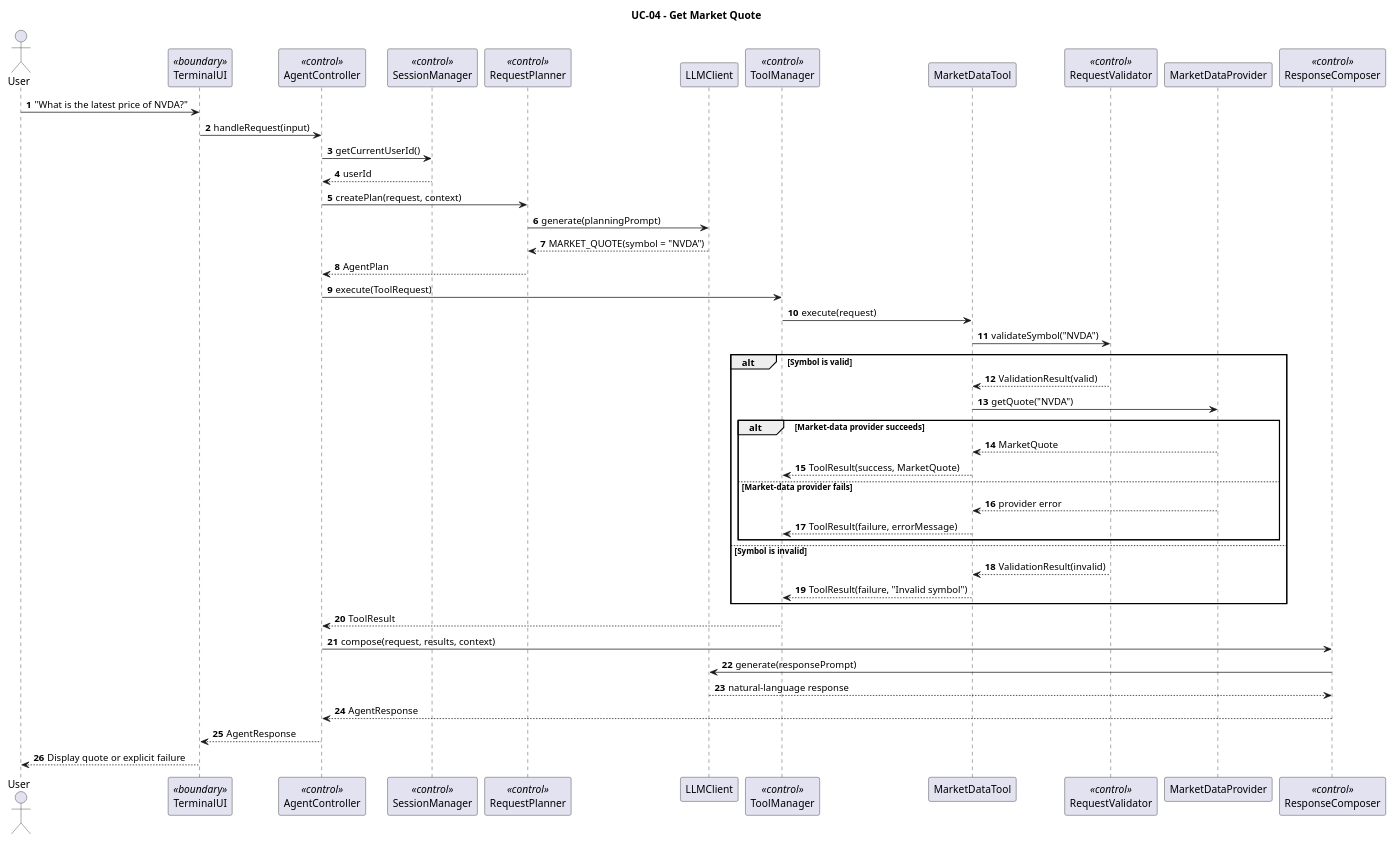
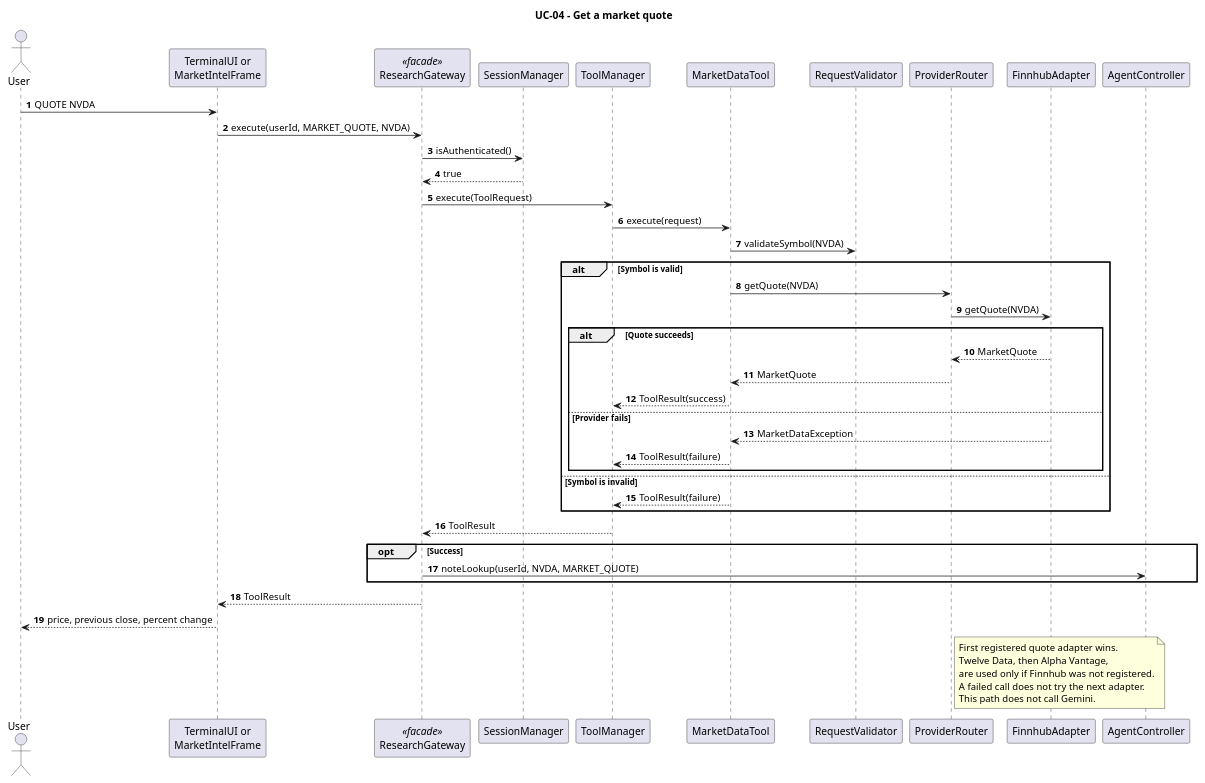
Before and after one commit to xAssasinSoulx/market-intelligence-agent: the diagram in docs/uml/sequence-market-quote.puml, drawn with PlantUML. The commit also changed 27 other files, not shown here.

First line of the commit message:
docs: record the Stage 2 implementation in the report and diagrams

```diff
--- a/docs/uml/sequence-market-quote.puml
+++ b/docs/uml/sequence-market-quote.puml
@@ -1,75 +1,54 @@
 @startuml
-title UC-04 - Get Market Quote
+title UC-04 - Get a market quote
 
 autonumber
 
 actor User
+participant "TerminalUI or\nMarketIntelFrame" as UI
+participant ResearchGateway <<facade>>
+participant SessionManager
+participant ToolManager
+participant MarketDataTool
+participant RequestValidator
+participant ProviderRouter
+participant FinnhubAdapter
 
-participant TerminalUI <<boundary>>
-participant AgentController <<control>>
-participant SessionManager <<control>>
-participant RequestPlanner <<control>>
-participant LLMClient
-participant ToolManager <<control>>
-participant MarketDataTool
-participant RequestValidator <<control>>
-participant MarketDataProvider
-participant ResponseComposer <<control>>
-
-User -> TerminalUI : "What is the latest price of NVDA?"
-
-TerminalUI -> AgentController : handleRequest(input)
-
-AgentController -> SessionManager : getCurrentUserId()
-SessionManager --> AgentController : userId
-
-AgentController -> RequestPlanner : createPlan(request, context)
-
-RequestPlanner -> LLMClient : generate(planningPrompt)
-LLMClient --> RequestPlanner : MARKET_QUOTE(symbol = "NVDA")
-
-RequestPlanner --> AgentController : AgentPlan
-
-AgentController -> ToolManager : execute(ToolRequest)
+User -> UI : QUOTE NVDA
+UI -> ResearchGateway : execute(userId, MARKET_QUOTE, NVDA)
+ResearchGateway -> SessionManager : isAuthenticated()
+SessionManager --> ResearchGateway : true
+ResearchGateway -> ToolManager : execute(ToolRequest)
 ToolManager -> MarketDataTool : execute(request)
-
-MarketDataTool -> RequestValidator : validateSymbol("NVDA")
+MarketDataTool -> RequestValidator : validateSymbol(NVDA)
 
 alt Symbol is valid
-
-    RequestValidator --> MarketDataTool : ValidationResult(valid)
-
-    MarketDataTool -> MarketDataProvider : getQuote("NVDA")
-
-    alt Market-data provider succeeds
-
-        MarketDataProvider --> MarketDataTool : MarketQuote
-        MarketDataTool --> ToolManager : ToolResult(success, MarketQuote)
-
-    else Market-data provider fails
-
-        MarketDataProvider --> MarketDataTool : provider error
-        MarketDataTool --> ToolManager : ToolResult(failure, errorMessage)
-
+    MarketDataTool -> ProviderRouter : getQuote(NVDA)
+    ProviderRouter -> FinnhubAdapter : getQuote(NVDA)
+    alt Quote succeeds
+        FinnhubAdapter --> ProviderRouter : MarketQuote
+        ProviderRouter --> MarketDataTool : MarketQuote
+        MarketDataTool --> ToolManager : ToolResult(success)
+    else Provider fails
+        FinnhubAdapter --> MarketDataTool : MarketDataException
+        MarketDataTool --> ToolManager : ToolResult(failure)
     end
-
 else Symbol is invalid
-
-    RequestValidator --> MarketDataTool : ValidationResult(invalid)
-    MarketDataTool --> ToolManager : ToolResult(failure, "Invalid symbol")
-
+    MarketDataTool --> ToolManager : ToolResult(failure)
 end
 
-ToolManager --> AgentController : ToolResult
+ToolManager --> ResearchGateway : ToolResult
+opt Success
+    ResearchGateway -> AgentController : noteLookup(userId, NVDA, MARKET_QUOTE)
+end
+ResearchGateway --> UI : ToolResult
+UI --> User : price, previous close, percent change
 
-AgentController -> ResponseComposer : compose(request, results, context)
-
-ResponseComposer -> LLMClient : generate(responsePrompt)
-LLMClient --> ResponseComposer : natural-language response
-
-ResponseComposer --> AgentController : AgentResponse
-AgentController --> TerminalUI : AgentResponse
-
-TerminalUI --> User : Display quote or explicit failure
+note right of ProviderRouter
+  First registered quote adapter wins.
+  Twelve Data, then Alpha Vantage,
+  are used only if Finnhub was not registered.
+  A failed call does not try the next adapter.
+  This path does not call Gemini.
+end note
 
 @enduml
```
